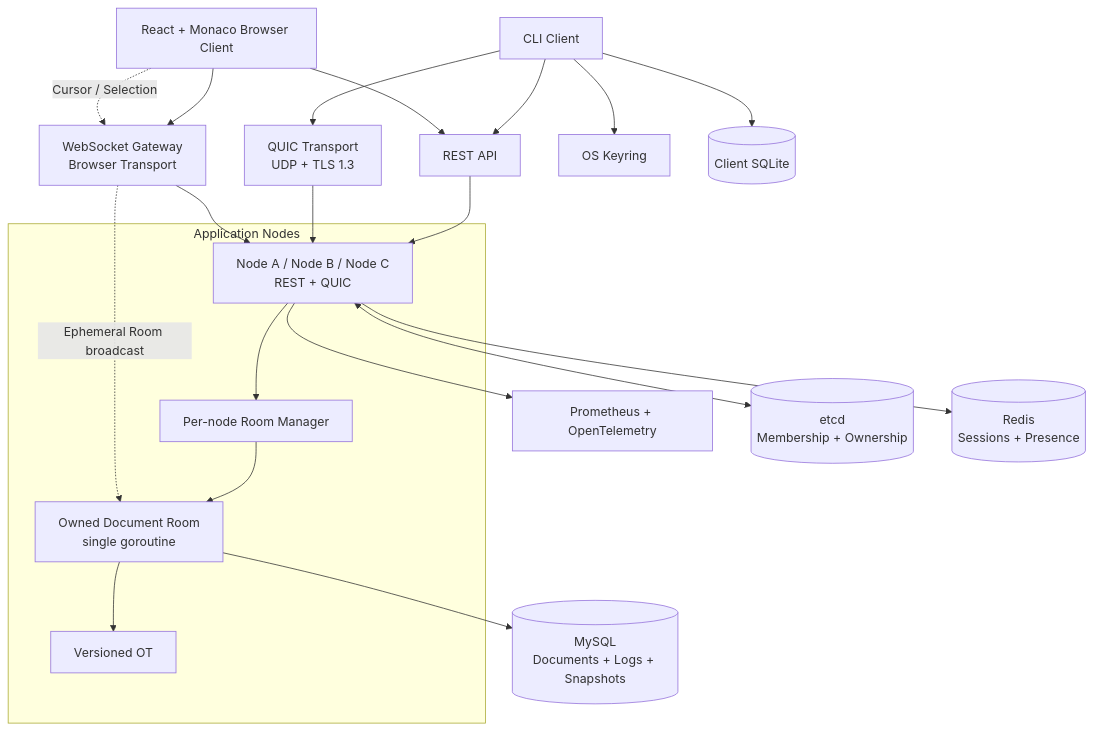
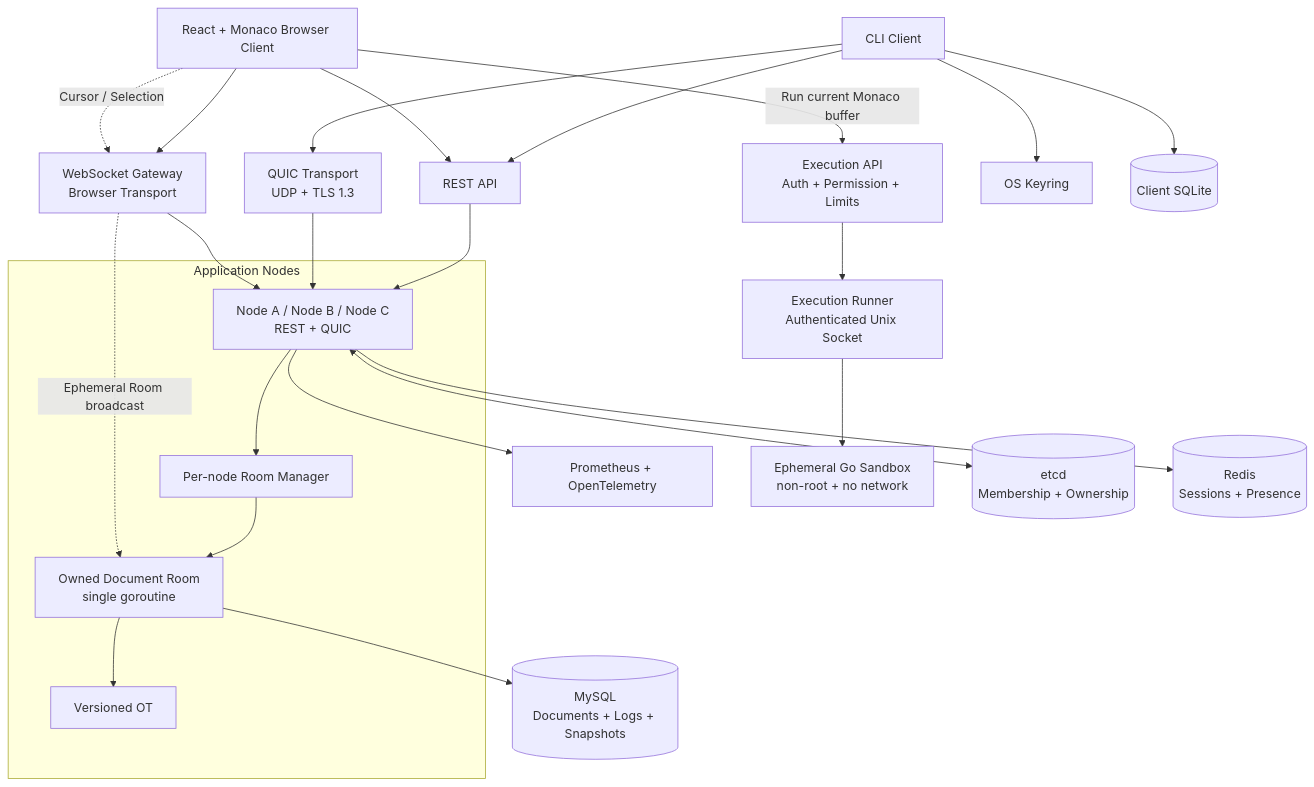
One commit to jiawei-wang-dev/go-realtime-collab-editor changed the diagram in README.md. Above: the diagram before and after it, drawn with Mermaid. The commit also changed other lines of this file and 8 other files, not shown here.

````diff
--- a/README.md
+++ b/README.md
@@ -39,41 +83,47 @@
 ```mermaid
 flowchart TB
     Client[CLI Client]
     Browser[React + Monaco Browser Client]
     REST[REST API]
     QUIC[QUIC Transport<br/>UDP + TLS 1.3]
     WS[WebSocket Gateway<br/>Browser Transport]
+    ExecAPI[Execution API<br/>Auth + Permission + Limits]
     Keyring[OS Keyring]
     SQLite[(Client SQLite)]
     Obs[Prometheus + OpenTelemetry]
+    Runner[Execution Runner<br/>Authenticated Unix Socket]
+    Sandbox[Ephemeral Go Sandbox<br/>non-root + no network]
 
     subgraph Cluster[Application Nodes]
         Nodes[Node A / Node B / Node C<br/>REST + QUIC]
         RM[Per-node Room Manager]
         Room[Owned Document Room<br/>single goroutine]
         OT[Versioned OT]
     end
 
     Etcd[(etcd<br/>Membership + Ownership)]
     MySQL[(MySQL<br/>Documents + Logs + Snapshots)]
     Redis[(Redis<br/>Sessions + Presence)]
 
     Client --> REST
     Client --> QUIC
     Browser --> REST
     Browser --> WS
+    Browser -->|Run current Monaco buffer| ExecAPI
     Client --> SQLite
     Client --> Keyring
     REST --> Nodes
     QUIC --> Nodes
     WS --> Nodes
     Nodes --> RM
     RM --> Room
     Room --> OT
     Browser -. Cursor / Selection .-> WS
     WS -. Ephemeral Room broadcast .-> Room
     Nodes <--> Etcd
     Room --> MySQL
     Nodes --> Redis
     Nodes --> Obs
+    ExecAPI --> Runner
+    Runner --> Sandbox
 ```
````
